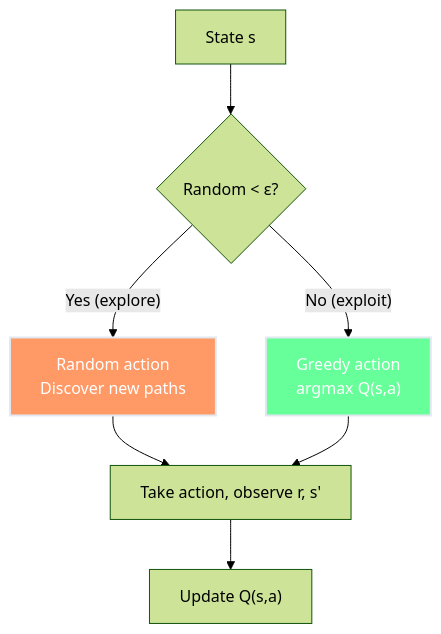
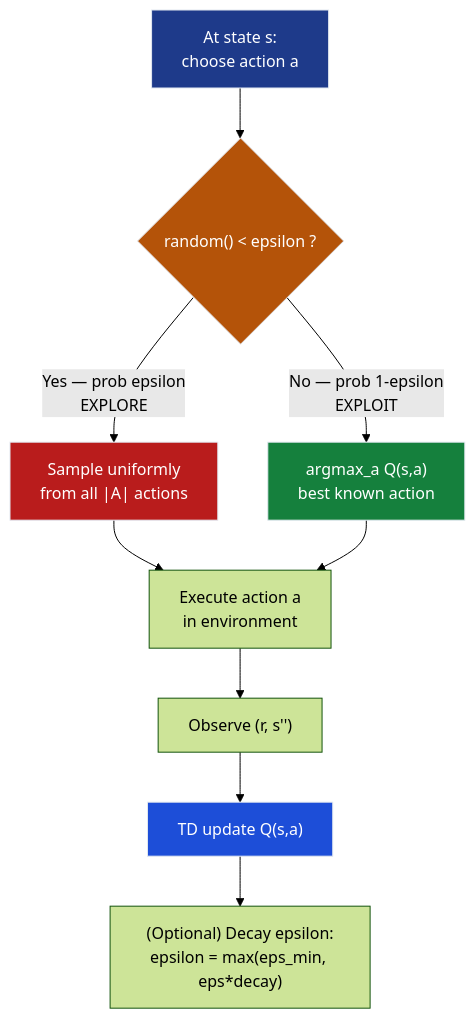
The third of 3 diagrams in notes/01-ml/06_reinforcement_learning/ch03_q_learning/README.md (deepakshamsft/ai-portfolio), drawn with Mermaid (forest theme) before and after one commit. The commit also changed other lines of this file and 727 other files, not shown here.

````diff
--- a/notes/01-ml/06_reinforcement_learning/ch03_q_learning/README.md
+++ b/notes/01-ml/06_reinforcement_learning/ch03_q_learning/README.md
@@ -228,12 +531,20 @@
 ```mermaid
 flowchart TD
-    S["State s"] --> D{"Random < ε?"}
-    D -->|"Yes (explore)"| R["Random action<br/>Discover new paths"]
-    D -->|"No (exploit)"| G["Greedy action<br/>argmax Q(s,a)"]
-    R --> E["Take action, observe r, s'"]
-    G --> E
-    E --> U["Update Q(s,a)"]
-    
-    style R fill:#f96,stroke:#e2e8f0,stroke-width:2px,color:#ffffff
-    style G fill:#6f9,stroke:#e2e8f0,stroke-width:2px,color:#ffffff
+    START["At state s:<br/>choose action a"] --> FLIP{"random() < epsilon ?"}
+
+    FLIP -->|"Yes — prob epsilon<br/>EXPLORE"| RAND["Sample uniformly<br/>from all |A| actions"]
+    FLIP -->|"No — prob 1-epsilon<br/>EXPLOIT"| BEST["argmax_a Q(s,a)<br/>best known action"]
+
+    RAND --> ACT["Execute action a<br/>in environment"]
+    BEST --> ACT
+
+    ACT --> OBS["Observe (r, s'')"]
+    OBS --> UPDATE["TD update Q(s,a)"]
+    UPDATE --> DECAY["(Optional) Decay epsilon:<br/>epsilon = max(eps_min, eps*decay)"]
+
+    style START fill:#1e3a8a,stroke:#e2e8f0,color:#ffffff
+    style FLIP fill:#b45309,stroke:#e2e8f0,color:#ffffff
+    style RAND fill:#b91c1c,stroke:#e2e8f0,color:#ffffff
+    style BEST fill:#15803d,stroke:#e2e8f0,color:#ffffff
+    style UPDATE fill:#1d4ed8,stroke:#e2e8f0,color:#ffffff
 ```
````
